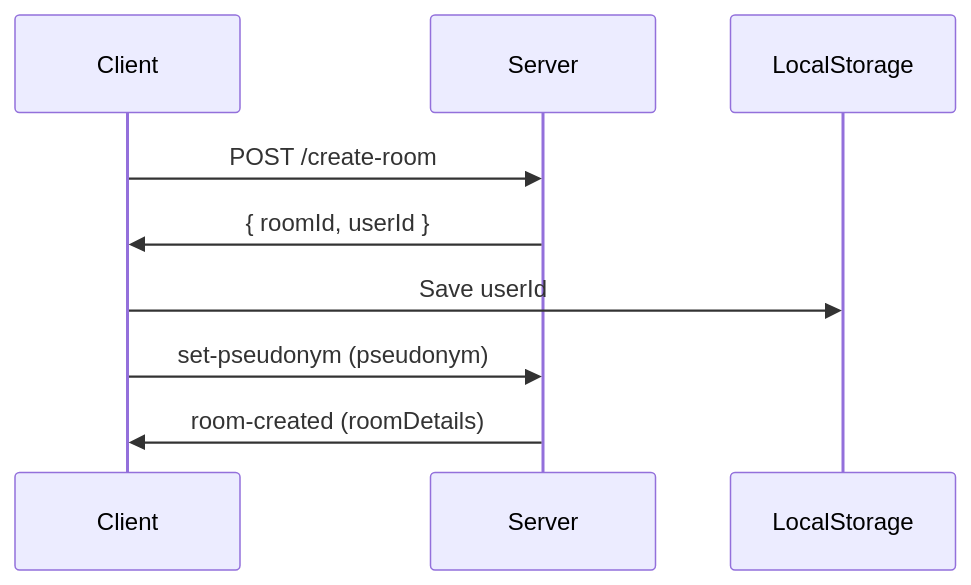
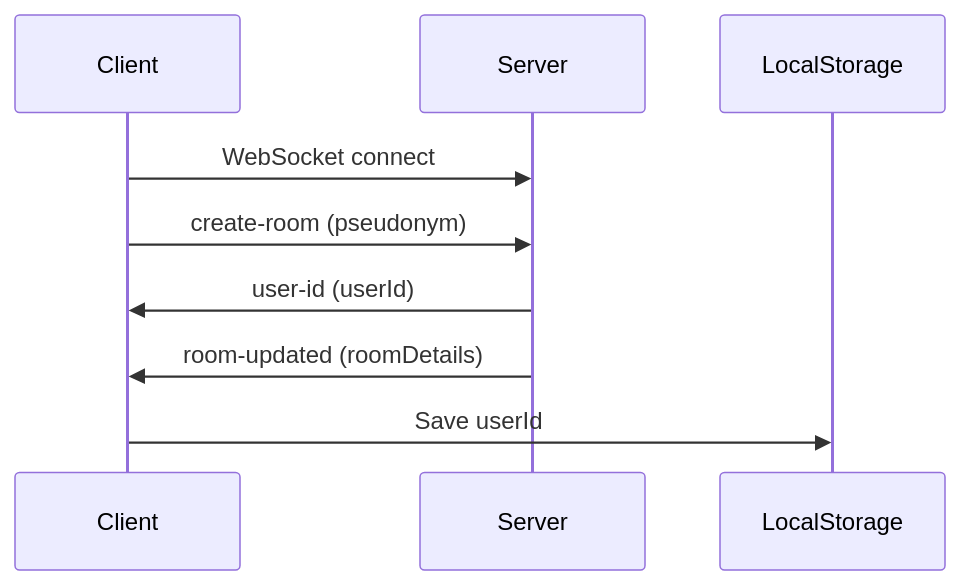
Before and after one commit to conrisc/scrum-poker: the second of 5 diagrams in memory-bank/systemPatterns.md, drawn with Mermaid. The commit also changed other lines of this file and 1 other file, not shown here.

Commit message:
Update memory bank

````diff
--- a/memory-bank/systemPatterns.md
+++ b/memory-bank/systemPatterns.md
@@ -25,8 +25,8 @@
 ```mermaid
 sequenceDiagram
-    Client->>Server: POST /create-room
-    Server->>Client: { roomId, userId }
+    Client->>Server: WebSocket connect
+    Client->>Server: create-room (pseudonym)
+    Server->>Client: user-id (userId)
+    Server->>Client: room-updated (roomDetails)
     Client->>LocalStorage: Save userId
-    Client->>Server: set-pseudonym (pseudonym)
-    Server->>Client: room-created (roomDetails)
 ```
````
